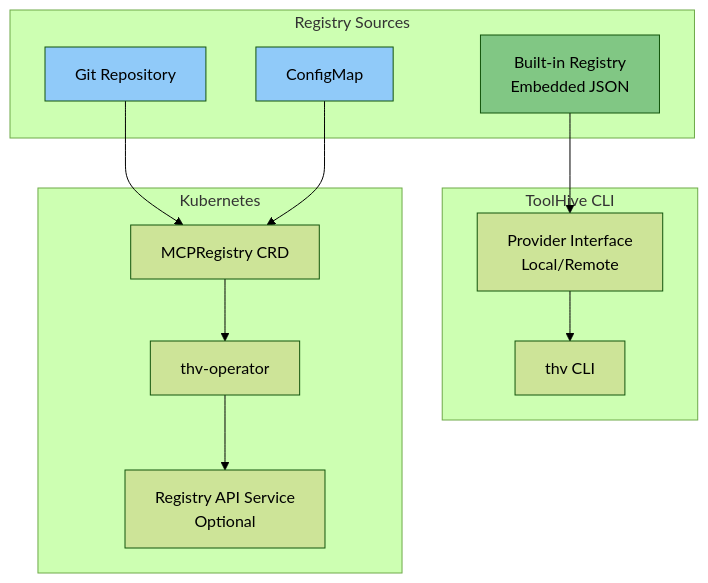
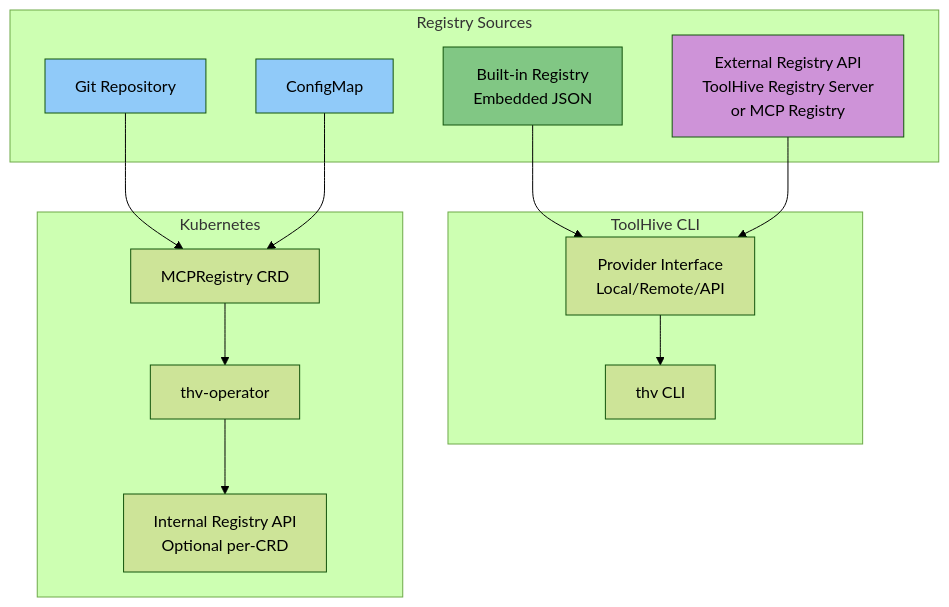
One commit to stacklok/toolhive changed the diagram in docs/arch/06-registry-system.md. Above: the diagram before and after it, drawn with Mermaid (forest theme). The commit also changed other lines of this file and 2 other files, not shown here.

First line of the commit message:
Update the arch docs for the registry (#3550)

````diff
--- a/docs/arch/06-registry-system.md
+++ b/docs/arch/06-registry-system.md
@@ -17,31 +17,34 @@
 ```mermaid
 graph TB
     subgraph "Registry Sources"
         Builtin[Built-in Registry<br/>Embedded JSON]
         Git[Git Repository]
         CM[ConfigMap]
+        ExtAPI[External Registry API<br/>ToolHive Registry Server<br/>or MCP Registry]
     end
 
     subgraph "ToolHive CLI"
         CLI[thv CLI]
-        Provider[Provider Interface<br/>Local/Remote]
+        Provider[Provider Interface<br/>Local/Remote/API]
     end
 
     subgraph "Kubernetes"
         MCPReg[MCPRegistry CRD]
         Operator[thv-operator]
-        API[Registry API Service<br/>Optional]
+        IntAPI[Internal Registry API<br/>Optional per-CRD]
     end
 
     Builtin --> Provider
+    ExtAPI --> Provider
     Git --> MCPReg
     CM --> MCPReg
     Provider --> CLI
 
     MCPReg --> Operator
-    Operator --> API
+    Operator --> IntAPI
 
     style Builtin fill:#81c784
     style Git fill:#90caf9
     style CM fill:#90caf9
+    style ExtAPI fill:#ce93d8
 ```
````
